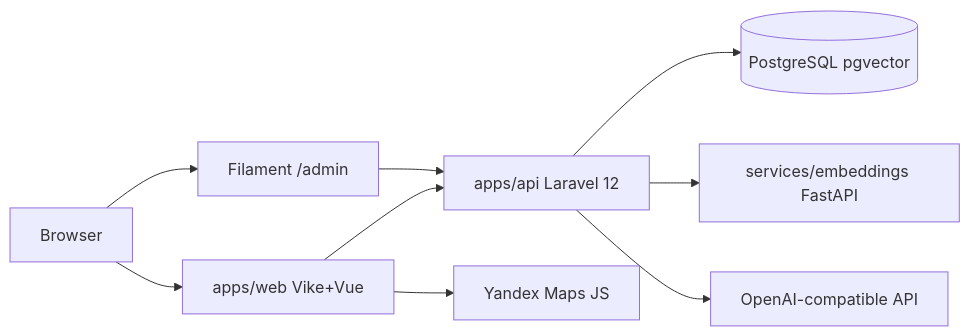
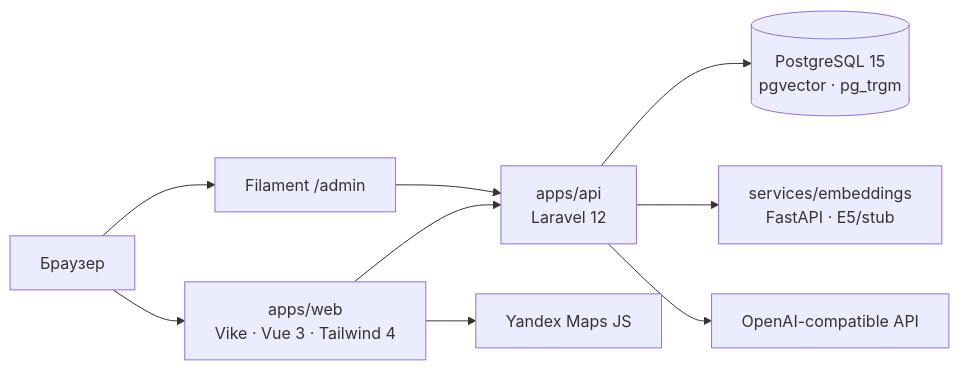
The diagram in README.md (ozzy1986/tours), drawn with Mermaid before and after one commit. The commit also changed other lines of this file and 1 other file, not shown here.

Commit message:
Rewrite README in prose; seed tours on Docker API startup

````diff
--- a/README.md
+++ b/README.md
@@ -16,11 +15,11 @@
 ```mermaid
 flowchart LR
-    Browser --> Web["apps/web Vike+Vue"]
+    Browser["Браузер"] --> Web["apps/web<br/>Vike · Vue 3 · Tailwind 4"]
     Browser --> Admin["Filament /admin"]
-    Web --> API["apps/api Laravel 12"]
+    Web --> API["apps/api<br/>Laravel 12"]
     Admin --> API
-    API --> PG[("PostgreSQL pgvector")]
-    API --> Emb["services/embeddings FastAPI"]
+    Web --> YMaps["Yandex Maps JS"]
+    API --> PG[("PostgreSQL 15<br/>pgvector · pg_trgm")]
+    API --> Emb["services/embeddings<br/>FastAPI · E5/stub"]
     API --> LLM["OpenAI-compatible API"]
-    Web --> YMaps["Yandex Maps JS"]
 ```
````
